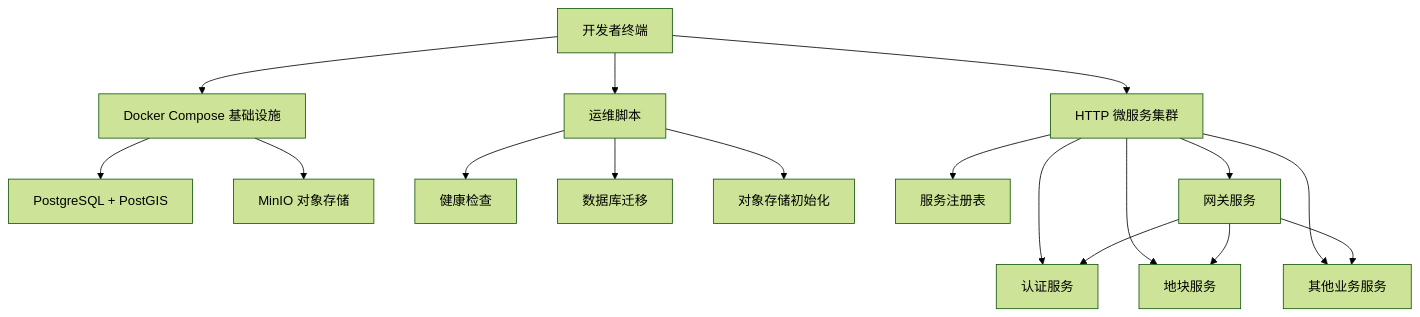
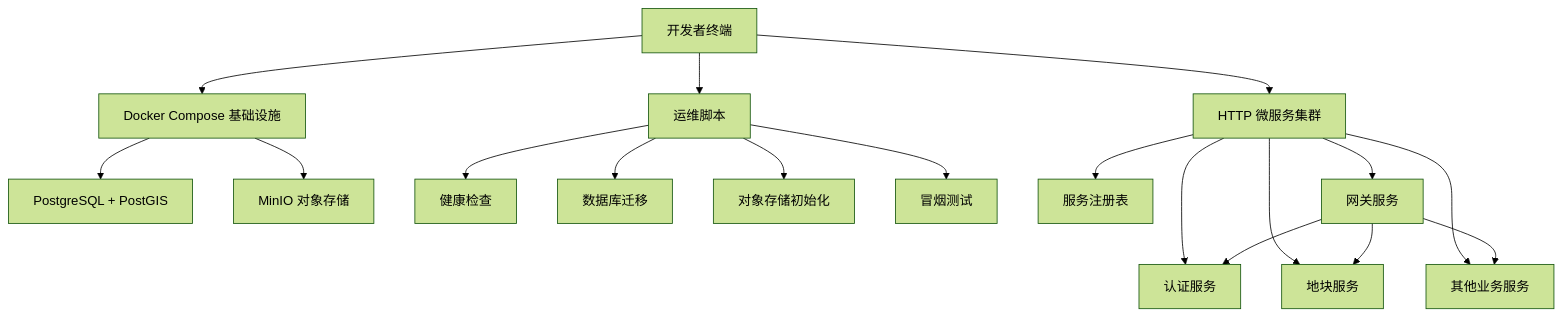
Before and after one commit to q446328246/agri-platform: the second of 2 diagrams in .qoder/repowiki/zh/content/开发指南/开发环境搭建.md, drawn with Mermaid (forest theme). The commit also changed other lines of this file and 37 other files, not shown here.

````diff
--- a/.qoder/repowiki/zh/content/开发指南/开发环境搭建.md
+++ b/.qoder/repowiki/zh/content/开发指南/开发环境搭建.md
@@ -390,19 +624,20 @@
 ```mermaid
 graph TB
 Dev["开发者终端"] --> Infra["Docker Compose 基础设施"]
 Dev --> Scripts["运维脚本"]
 Dev --> Services["HTTP 微服务集群"]
 Infra --> Postgres["PostgreSQL + PostGIS"]
 Infra --> MinIO["MinIO 对象存储"]
 Scripts --> HealthCheck["健康检查"]
 Scripts --> Migration["数据库迁移"]
 Scripts --> InitMinIO["对象存储初始化"]
+Scripts --> SmokeTests["冒烟测试"]
 Services --> Registry["服务注册表"]
 Services --> Gateway["网关服务"]
 Services --> Auth["认证服务"]
 Services --> Plot["地块服务"]
 Services --> Others["其他业务服务"]
 Gateway --> Auth
 Gateway --> Plot
 Gateway --> Others
 ```
````
